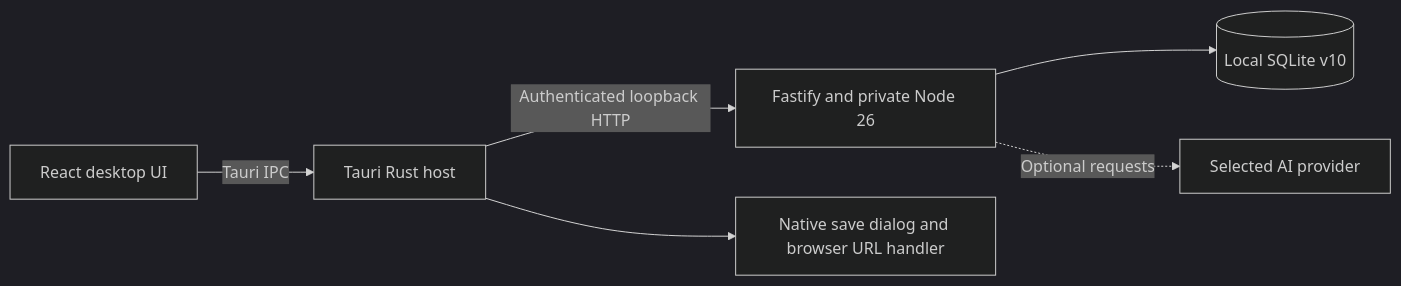
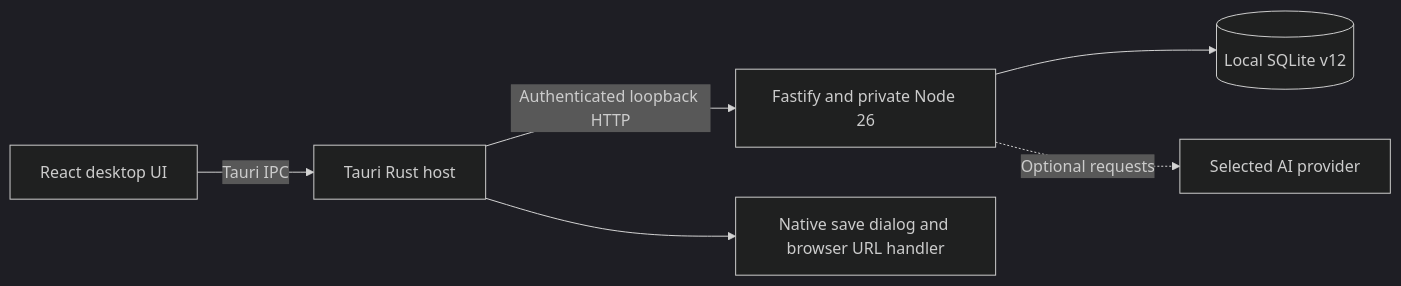
Before and after one commit to zqf20096327/dbhub_collect: the diagram in data/readmes/Yide-Milo-Li__LeetCode-Tracker.md, drawn with Mermaid (dark theme). The commit also changed other lines of this file and 1009 other files, not shown here.

````diff
--- a/data/readmes/Yide-Milo-Li__LeetCode-Tracker.md
+++ b/data/readmes/Yide-Milo-Li__LeetCode-Tracker.md
@@ -129,8 +133,8 @@
 ```mermaid
 flowchart LR
     UI[React desktop UI] -->|Tauri IPC| Host[Tauri Rust host]
     Host -->|Authenticated loopback HTTP| API[Fastify and private Node 26]
-    API --> DB[(Local SQLite v10)]
+    API --> DB[(Local SQLite v12)]
     API -. Optional requests .-> AI[Selected AI provider]
     Host --> OS[Native save dialog and browser URL handler]
 ```
````
